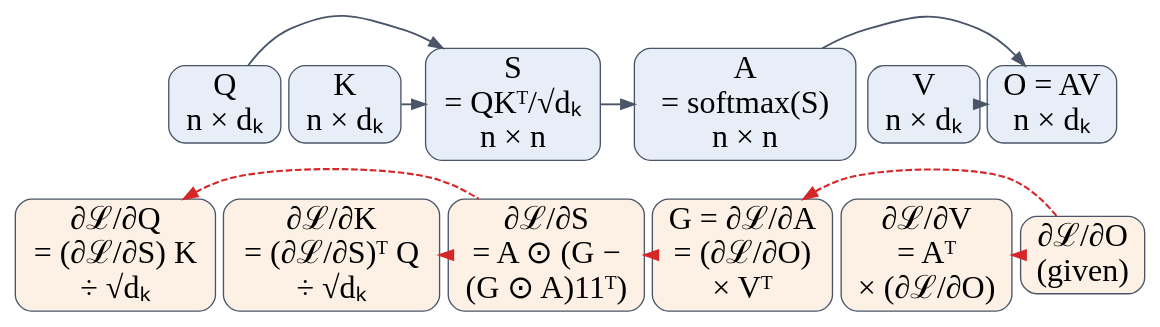
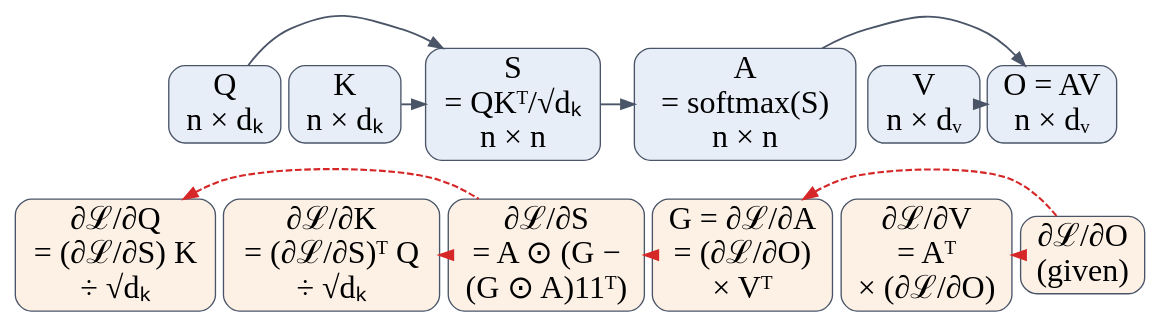
The diagram in chapters/02-mathematics/figures/attention-graph.dot (Beaker12/llmatlas), drawn with Graphviz before and after one commit. The commit also changed 15 other files, not shown here.

```diff
--- a/chapters/02-mathematics/figures/attention-graph.dot
+++ b/chapters/02-mathematics/figures/attention-graph.dot
@@ -1,48 +1,48 @@
 // Scaled dot-product attention as a computation graph. Rendered with rankdir TB.
 // Top row: the forward values with their shapes, left to right. Bottom row: the backward pass as its mirror; each
 // vector-Jacobian product sits directly below the forward quantity it is the gradient of, and its arrows run right
 // to left (written left to right with dir=back so that both rows keep one column order).
 // Labels are short and broken over three lines so that the graph stays narrow and its text legible at page width.
 // Attributes are set per node and per edge because the renderer's theme replaces the defaults.
 digraph attention_graph {
   graph [fontname="DejaVu Sans", nodesep=0.08, ranksep=0.4, newrank=true];
 
   Q  [label="Q\nn × dₖ", fontsize=24, margin="0.05,0.04", shape=box, style="rounded,filled", color="#4a5568", fillcolor="#e8eef7"];
   K  [label="K\nn × dₖ", fontsize=24, margin="0.05,0.04", shape=box, style="rounded,filled", color="#4a5568", fillcolor="#e8eef7"];
   S  [label="S\n= QKᵀ/√dₖ\nn × n", fontsize=24, margin="0.05,0.04", shape=box, style="rounded,filled", color="#4a5568", fillcolor="#e8eef7"];
   A  [label="A\n= softmax(S)\nn × n", fontsize=24, margin="0.05,0.04", shape=box, style="rounded,filled", color="#4a5568", fillcolor="#e8eef7"];
-  V  [label="V\nn × dₖ", fontsize=24, margin="0.05,0.04", shape=box, style="rounded,filled", color="#4a5568", fillcolor="#e8eef7"];
-  O  [label="O = AV\nn × dₖ", fontsize=24, margin="0.05,0.04", shape=box, style="rounded,filled", color="#4a5568", fillcolor="#e8eef7"];
+  V  [label="V\nn × dᵥ", fontsize=24, margin="0.05,0.04", shape=box, style="rounded,filled", color="#4a5568", fillcolor="#e8eef7"];
+  O  [label="O = AV\nn × dᵥ", fontsize=24, margin="0.05,0.04", shape=box, style="rounded,filled", color="#4a5568", fillcolor="#e8eef7"];
 
   dQ [label="∂ℒ/∂Q\n= (∂ℒ/∂S) K\n÷ √dₖ", fontsize=24, margin="0.05,0.04", shape=box, style="rounded,filled", color="#4a5568", fillcolor="#fdf1e6"];
   dK [label="∂ℒ/∂K\n= (∂ℒ/∂S)ᵀ Q\n÷ √dₖ", fontsize=24, margin="0.05,0.04", shape=box, style="rounded,filled", color="#4a5568", fillcolor="#fdf1e6"];
   dS [label="∂ℒ/∂S\n= A ⊙ (G −\n(G ⊙ A)11ᵀ)", fontsize=24, margin="0.05,0.04", shape=box, style="rounded,filled", color="#4a5568", fillcolor="#fdf1e6"];
   G  [label="G = ∂ℒ/∂A\n= (∂ℒ/∂O)\n× Vᵀ", fontsize=24, margin="0.05,0.04", shape=box, style="rounded,filled", color="#4a5568", fillcolor="#fdf1e6"];
   dV [label="∂ℒ/∂V\n= Aᵀ\n× (∂ℒ/∂O)", fontsize=24, margin="0.05,0.04", shape=box, style="rounded,filled", color="#4a5568", fillcolor="#fdf1e6"];
   dO [label="∂ℒ/∂O\n(given)", fontsize=24, margin="0.05,0.04", shape=box, style="rounded,filled", color="#4a5568", fillcolor="#fdf1e6"];
 
   { rank=same; Q; K; S; A; V; O; }
   { rank=same; dQ; dK; dS; G; dV; dO; }
 
   // forward
   Q -> K [style=invis];
   K -> S [color="#4a5568", penwidth=1.4];
   Q -> S [color="#4a5568", penwidth=1.4];
   S -> A [color="#4a5568", penwidth=1.4];
   A -> V [style=invis];
   V -> O [color="#4a5568", penwidth=1.4];
   A -> O [color="#4a5568", penwidth=1.4];
 
   // backward, right to left
   dQ -> dK [style=invis];
   dK -> dS [dir=back, style=dashed, color="#d62728", penwidth=1.6];
   dQ -> dS [dir=back, style=dashed, color="#d62728", penwidth=1.6];
   dS -> G  [dir=back, style=dashed, color="#d62728", penwidth=1.6];
   G -> dV  [style=invis];
   dV -> dO [dir=back, style=dashed, color="#d62728", penwidth=1.6];
   G -> dO  [dir=back, style=dashed, color="#d62728", penwidth=1.6];
 
   // columns
   Q -> dQ [style=invis]; K -> dK [style=invis]; S -> dS [style=invis];
   A -> G [style=invis]; V -> dV [style=invis]; O -> dO [style=invis];
 }
```
